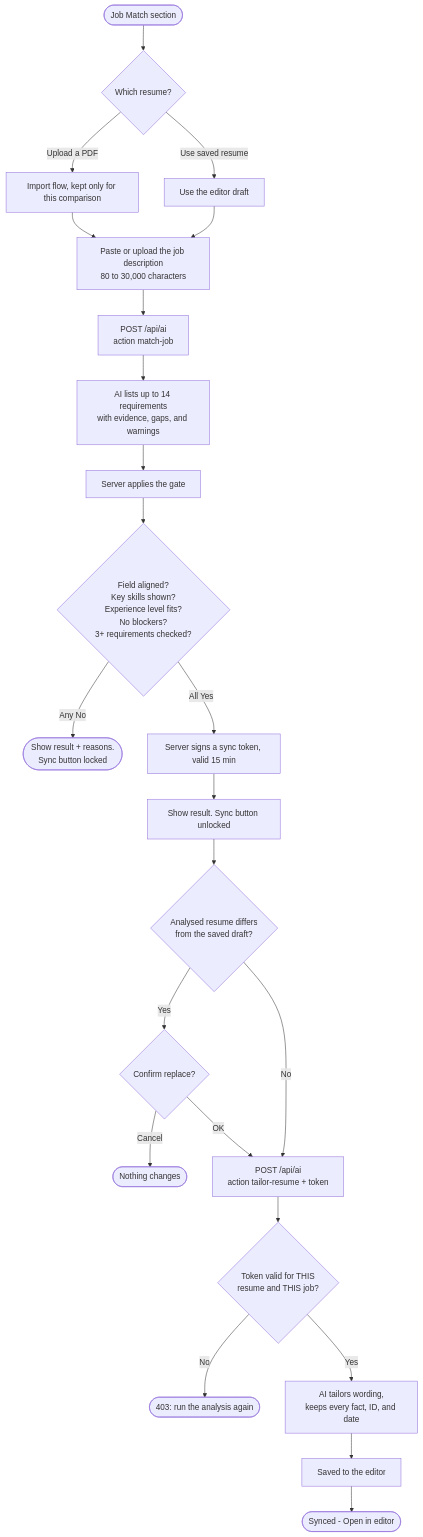
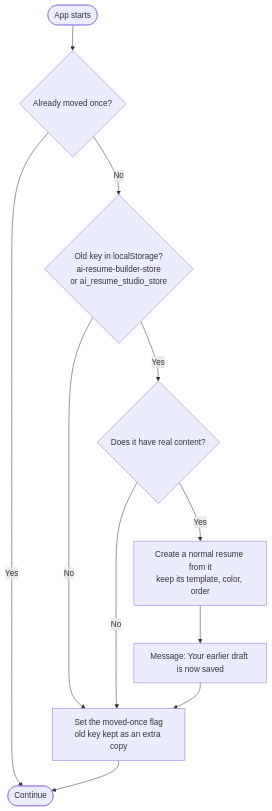
Diagram 16 of 30 in doc/04-FLOWCHARTS.md (silent-coder-dev/ai-resume-builder), drawn with Mermaid before and after one commit. The commit also changed other lines of this file and 122 other files, not shown here.

````diff
--- a/doc/04-FLOWCHARTS.md
+++ b/doc/04-FLOWCHARTS.md
@@ -281,25 +413,13 @@
 ```mermaid
 flowchart TD
-    A(["Job Match section"]) --> B{"Which resume?"}
-    B -->|Upload a PDF| C["Import flow, kept only for this comparison"]
-    B -->|Use saved resume| D["Use the editor draft"]
-    C --> E["Paste or upload the job description<br/>80 to 30,000 characters"]
-    D --> E
-    E --> F["POST /api/ai<br/>action match-job"]
-    F --> G["AI lists up to 14 requirements<br/>with evidence, gaps, and warnings"]
-    G --> H["Server applies the gate"]
-    H --> I{"Field aligned?<br/>Key skills shown?<br/>Experience level fits?<br/>No blockers?<br/>3+ requirements checked?"}
-    I -->|Any No| J(["Show result + reasons.<br/>Sync button locked"])
-    I -->|All Yes| K["Server signs a sync token, valid 15 min"]
-    K --> L["Show result. Sync button unlocked"]
-    L --> M{"Analysed resume differs<br/>from the saved draft?"}
-    M -->|Yes| N{"Confirm replace?"}
-    N -->|Cancel| O(["Nothing changes"])
-    N -->|OK| P
-    M -->|No| P["POST /api/ai<br/>action tailor-resume + token"]
-    P --> Q{"Token valid for THIS<br/>resume and THIS job?"}
-    Q -->|No| R(["403: run the analysis again"])
-    Q -->|Yes| S["AI tailors wording,<br/>keeps every fact, ID, and date"]
-    S --> T["Saved to the editor"]
-    T --> U(["Synced - Open in editor"])
+    A(["App starts"]) --> F{"Already moved once?"}
+    F -->|Yes| DONE(["Continue"])
+    F -->|No| K{"Old key in localStorage?<br/>ai-resume-builder-store<br/>or ai_resume_studio_store"}
+    K -->|No| FLAG
+    K -->|Yes| C{"Does it have real content?"}
+    C -->|No| FLAG
+    C -->|Yes| N["Create a normal resume from it<br/>keep its template, color, order"]
+    N --> MSG["Message: Your earlier draft is now saved"]
+    MSG --> FLAG["Set the moved-once flag<br/>old key kept as an extra copy"]
+    FLAG --> DONE
 ```
````
